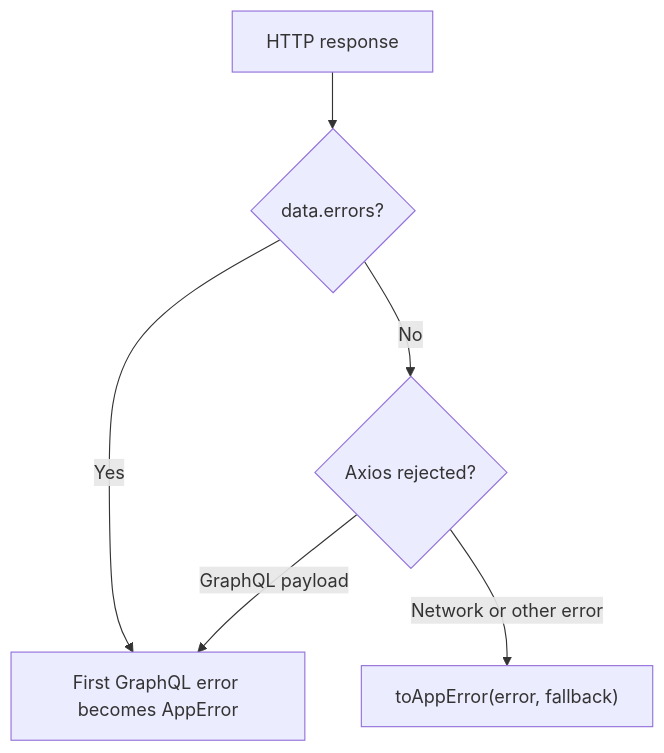
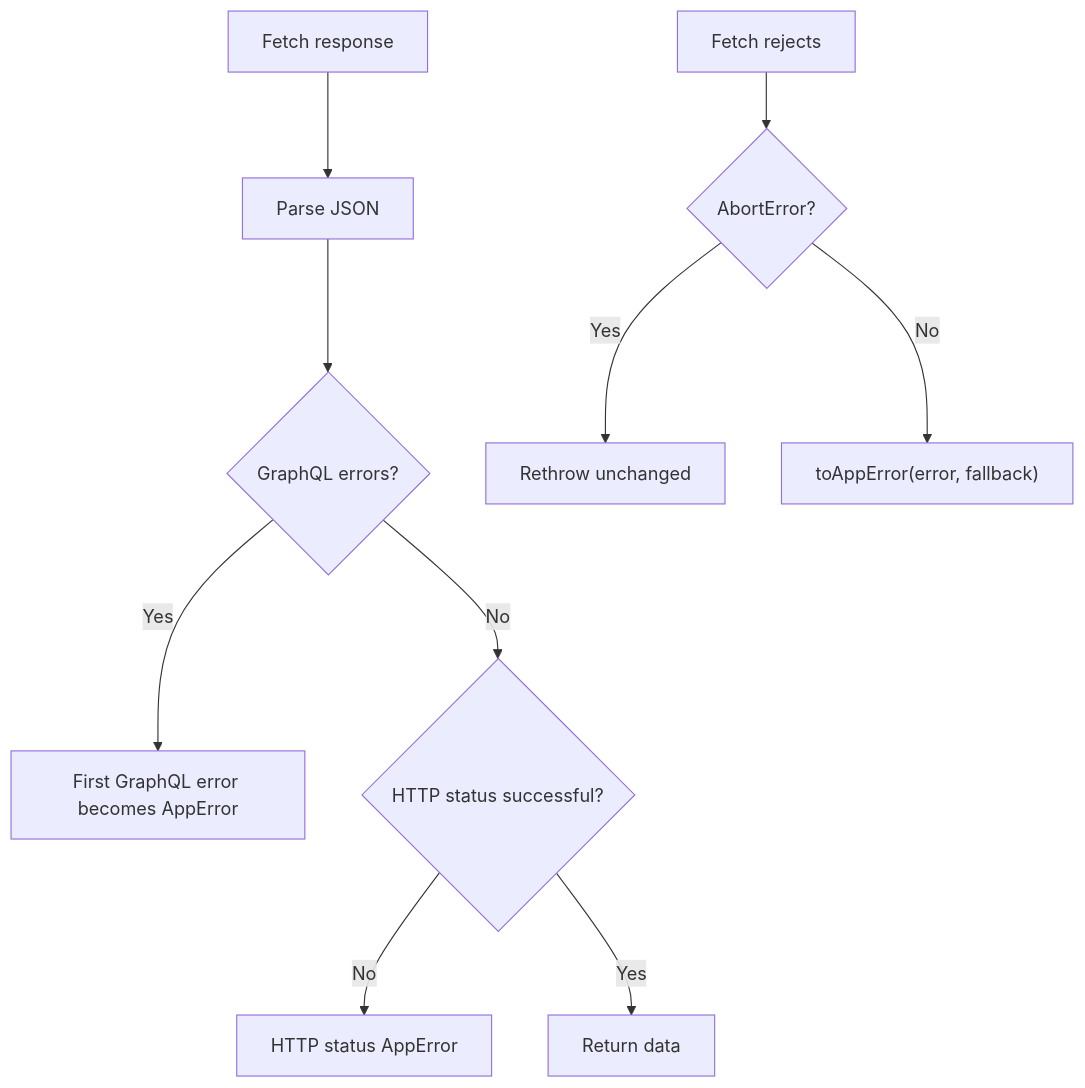
One commit to jpetroff/shlk-monorepo changed the second of 2 diagrams in .memory/web-error-handling.md. Above: the diagram before and after it, drawn with Mermaid. The commit also changed other lines of this file and 2 other files, not shown here.

Commit message:
loading docs

````diff
--- a/.memory/web-error-handling.md
+++ b/.memory/web-error-handling.md
@@ -36,8 +36,12 @@
 ```mermaid
 flowchart TD
-    A["HTTP response"] --> B{"data.errors?"}
-    B -- Yes --> C["First GraphQL error becomes AppError"]
-    B -- No --> D{"Axios rejected?"}
-    D -- "GraphQL payload" --> C
-    D -- "Network or other error" --> E["toAppError(error, fallback)"]
+    A["Fetch response"] --> B["Parse JSON"]
+    B --> C{"GraphQL errors?"}
+    C -- Yes --> D["First GraphQL error becomes AppError"]
+    C -- No --> E{"HTTP status successful?"}
+    E -- No --> F["HTTP status AppError"]
+    E -- Yes --> G["Return data"]
+    H["Fetch rejects"] --> I{"AbortError?"}
+    I -- Yes --> J["Rethrow unchanged"]
+    I -- No --> K["toAppError(error, fallback)"]
 ```
````
